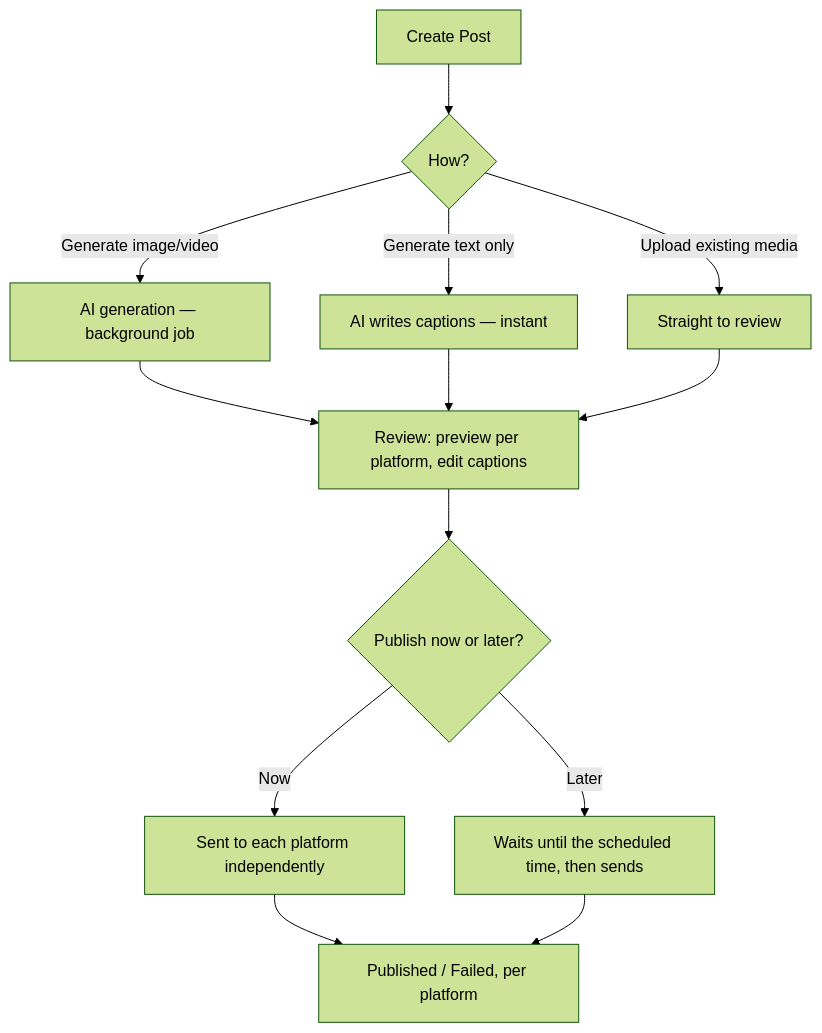
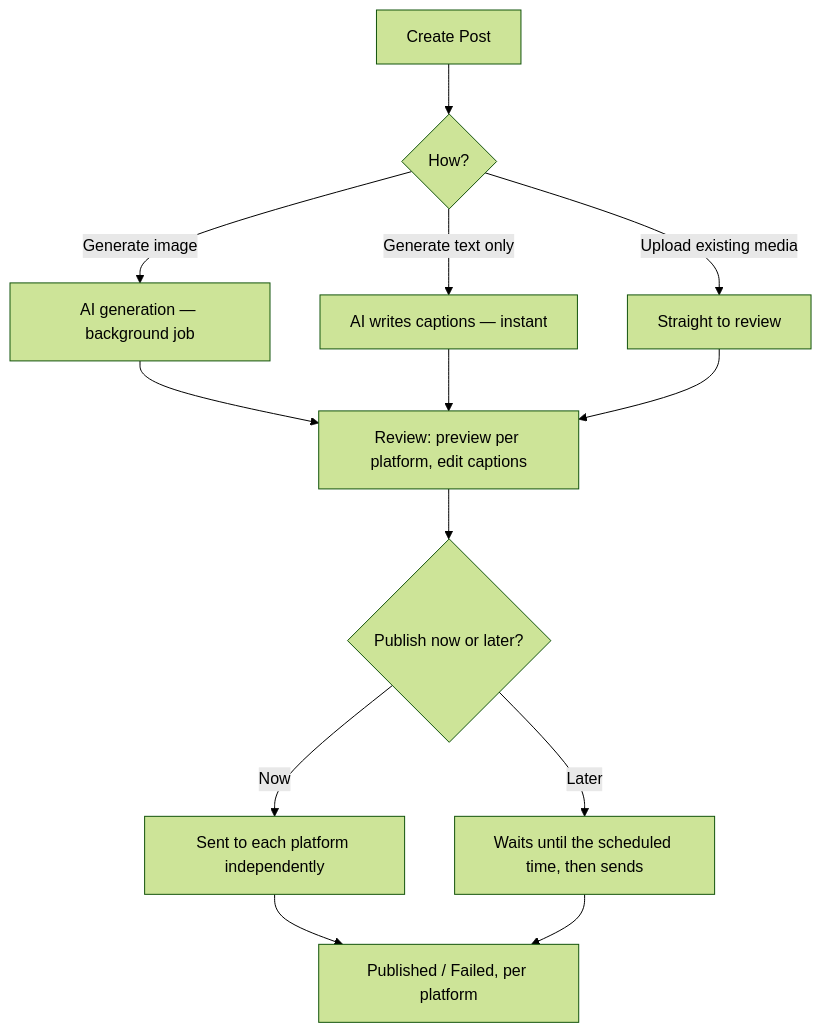
Before and after one commit to Aumatic-AI/kangroo-Kinetix: the third of 3 diagrams in docs/modules/social_media.md, drawn with Mermaid (forest theme). The commit also changed other lines of this file and 235 other files, not shown here.

````diff
--- a/docs/modules/social_media.md
+++ b/docs/modules/social_media.md
@@ -97,15 +97,15 @@
 ```mermaid
 flowchart TD
     A[Create Post] --> B{How?}
-    B -->|Generate image/video| C[AI generation — background job]
+    B -->|Generate image| C[AI generation — background job]
     B -->|Generate text only| D[AI writes captions — instant]
     B -->|Upload existing media| E[Straight to review]
     C --> F[Review: preview per platform, edit captions]
     D --> F
     E --> F
     F --> G{Publish now or later?}
     G -->|Now| H[Sent to each platform independently]
     G -->|Later| I[Waits until the scheduled time, then sends]
     H --> J[Published / Failed, per platform]
     I --> J
 ```
````
